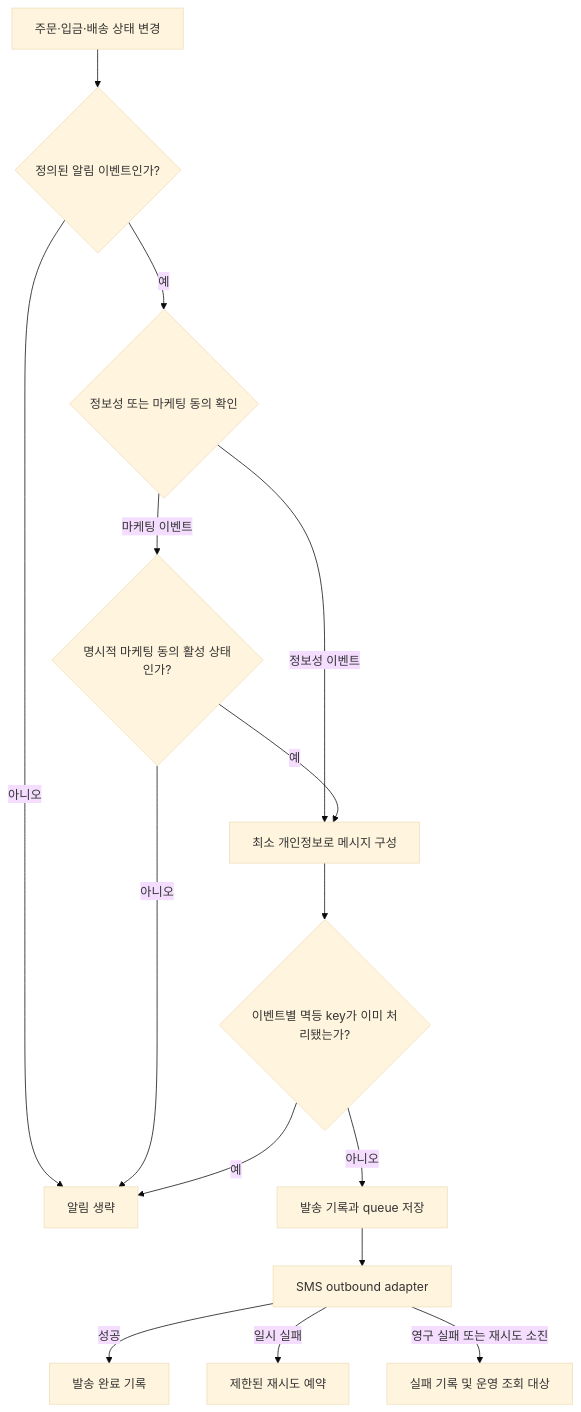
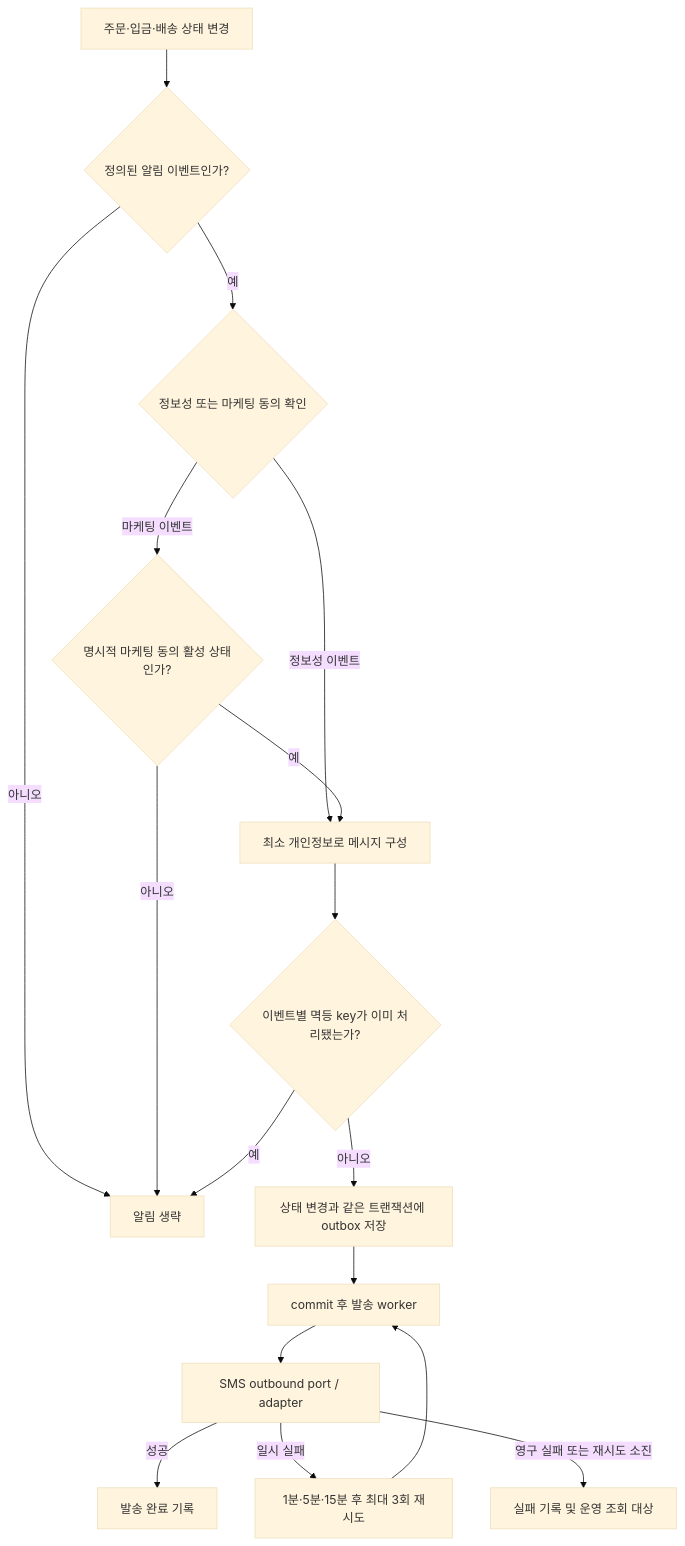
One commit to DongHyeonEom/umji-market-api changed the diagram in docs/services/notification.md. Above: the diagram before and after it, drawn with Mermaid (base theme). The commit also changed other lines of this file and 1 other file, not shown here.

Commit message:
docs: define notification delivery reliability

````diff
--- a/docs/services/notification.md
+++ b/docs/services/notification.md
@@ -32,17 +35,19 @@
 ```mermaid
 flowchart TD
     Event["주문·입금·배송 상태 변경"] --> Eligible{"정의된 알림 이벤트인가?"}
     Eligible -->|아니오| Ignore["알림 생략"]
     Eligible -->|예| Consent{"정보성 또는 마케팅 동의 확인"}
     Consent -->|정보성 이벤트| Build["최소 개인정보로 메시지 구성"]
     Consent -->|마케팅 이벤트| Marketing{"명시적 마케팅 동의 활성 상태인가?"}
     Marketing -->|아니오| Ignore
     Marketing -->|예| Build
     Build --> Idempotency{"이벤트별 멱등 key가 이미 처리됐는가?"}
     Idempotency -->|예| Ignore
-    Idempotency -->|아니오| Queue["발송 기록과 queue 저장"]
-    Queue --> Provider["SMS outbound adapter"]
+    Idempotency -->|아니오| Queue["상태 변경과 같은 트랜잭션에 outbox 저장"]
+    Queue --> Worker["commit 후 발송 worker"]
+    Worker --> Provider["SMS outbound port / adapter"]
     Provider -->|성공| Sent["발송 완료 기록"]
-    Provider -->|일시 실패| Retry["제한된 재시도 예약"]
+    Provider -->|일시 실패| Retry["1분·5분·15분 후 최대 3회 재시도"]
+    Retry --> Worker
     Provider -->|영구 실패 또는 재시도 소진| Failed["실패 기록 및 운영 조회 대상"]
 ```
````
